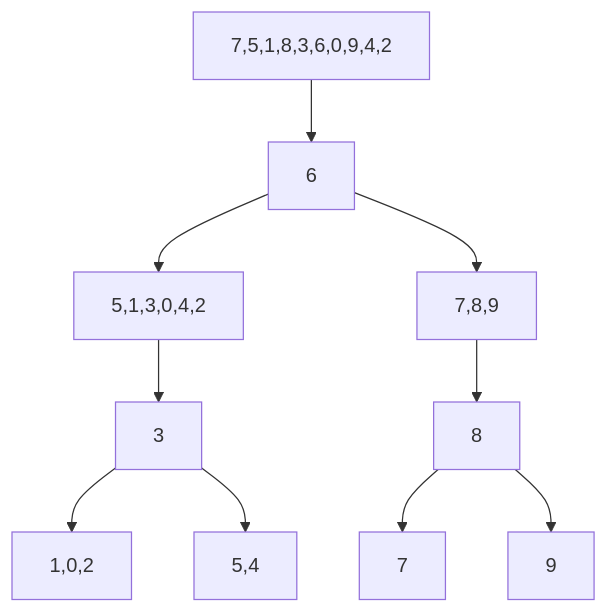
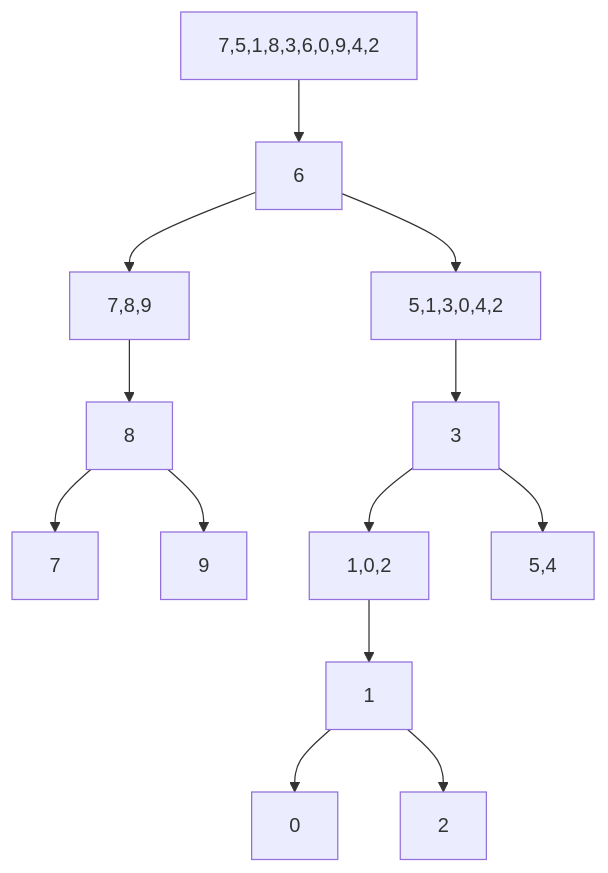
The diagram in README.md (demirkolorg/BINARY-SEARCH-TREE), drawn with Mermaid before and after one commit.

````diff
--- a/README.md
+++ b/README.md
@@ -15,19 +15,24 @@
 ```mermaid
   graph TD;
         7,5,1,8,3,6,0,9,4,2 -->6;
 
         6-->5,1,3,0,4,2;
         6-->7,8,9;
 
         5,1,3,0,4,2-->3;
 
         3-->1,0,2;
+
+        1,0,2-->1;
+        1-->0;
+        1-->2;
+
         3-->5,4
 
 
         7,8,9-->8;
         8-->7;
         8-->9;
         
     
 ```
````
